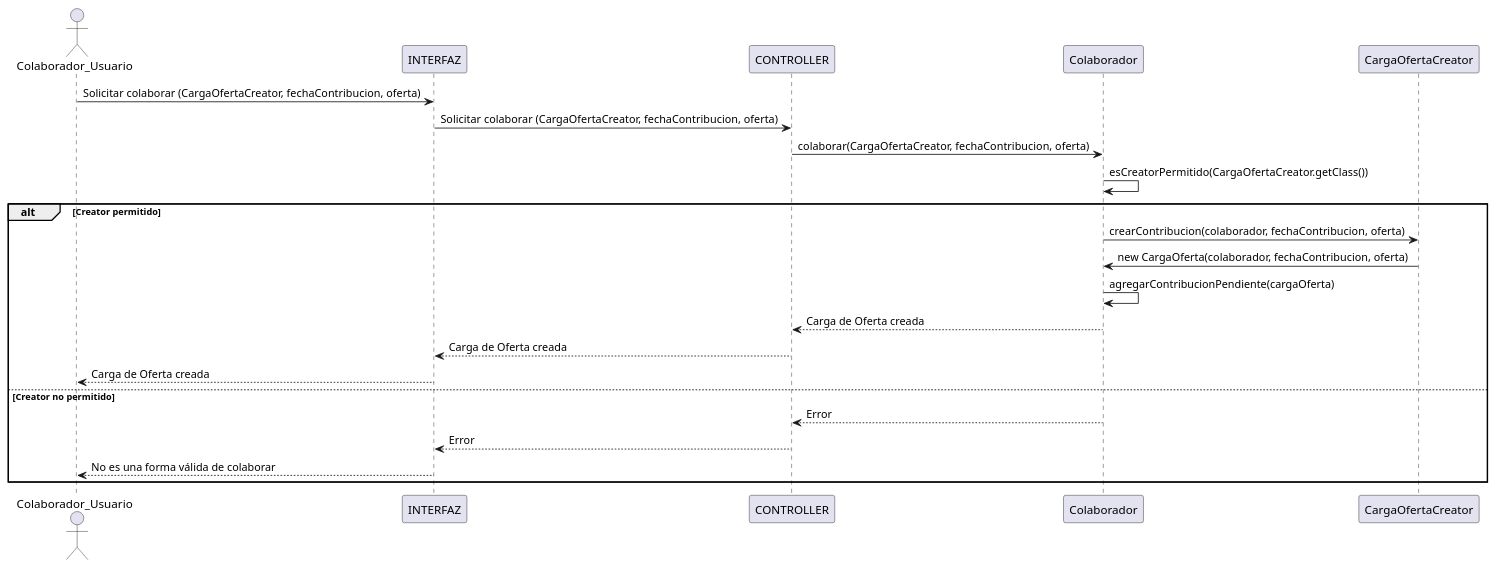
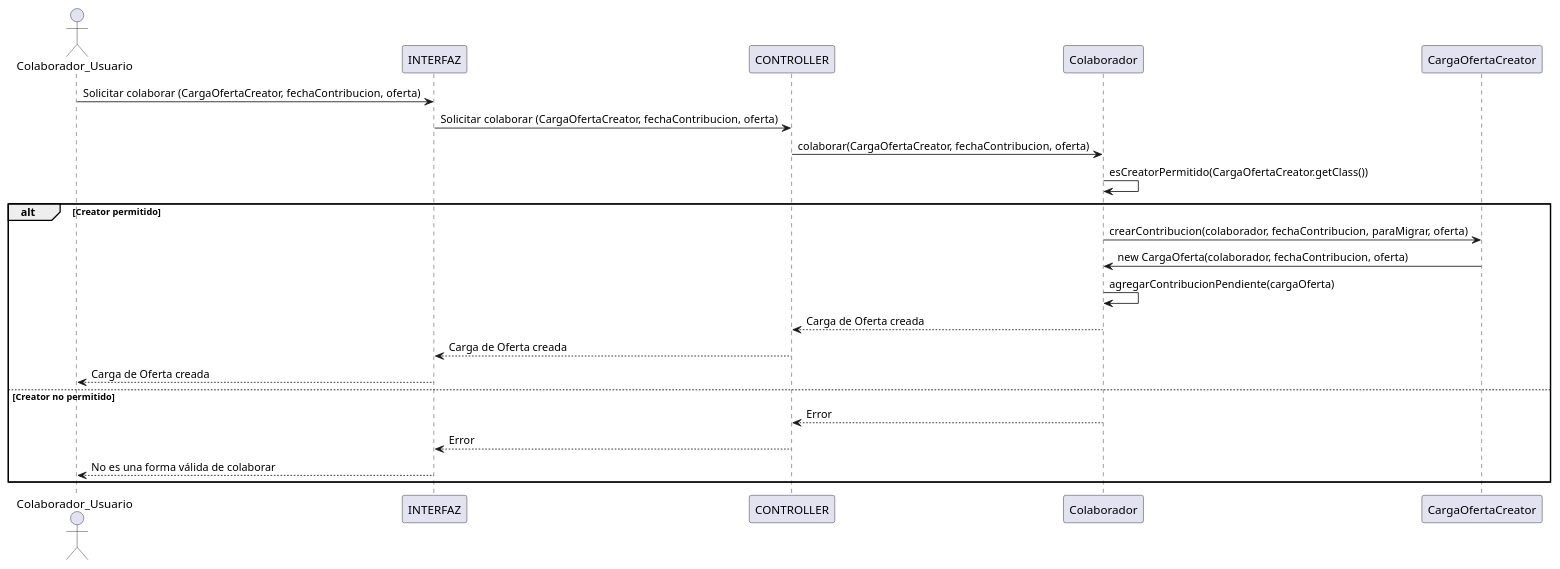
Before and after one commit to luciacosenza/DDS-grupo10: the diagram in proyecto_heladeras_solidarias/docs/plant_uml/diagramas_secuencia/cargar_oferta/cargar_oferta_colaborar.plantuml, drawn with PlantUML. The commit also changed 31 other files, not shown here.

```diff
--- a/proyecto_heladeras_solidarias/docs/plant_uml/diagramas_secuencia/cargar_oferta/cargar_oferta_colaborar.plantuml
+++ b/proyecto_heladeras_solidarias/docs/plant_uml/diagramas_secuencia/cargar_oferta/cargar_oferta_colaborar.plantuml
@@ -1,24 +1,24 @@
 @startuml cargar_oferta_colaborar
 actor Colaborador_Usuario as User
 participant INTERFAZ
 participant CONTROLLER
 participant "Colaborador" as Colaborador
 participant "CargaOfertaCreator" as CargaOfertaCreator
 
 User -> INTERFAZ: Solicitar colaborar (CargaOfertaCreator, fechaContribucion, oferta)
 INTERFAZ -> CONTROLLER: Solicitar colaborar (CargaOfertaCreator, fechaContribucion, oferta)
 CONTROLLER -> Colaborador: colaborar(CargaOfertaCreator, fechaContribucion, oferta)
 Colaborador -> Colaborador: esCreatorPermitido(CargaOfertaCreator.getClass())
 alt Creator permitido
-    Colaborador -> CargaOfertaCreator: crearContribucion(colaborador, fechaContribucion, oferta)
+    Colaborador -> CargaOfertaCreator: crearContribucion(colaborador, fechaContribucion, paraMigrar, oferta)
     CargaOfertaCreator -> Colaborador: new CargaOferta(colaborador, fechaContribucion, oferta)
     Colaborador -> Colaborador: agregarContribucionPendiente(cargaOferta)
     Colaborador --> CONTROLLER: Carga de Oferta creada
     CONTROLLER --> INTERFAZ: Carga de Oferta creada
     INTERFAZ --> User: Carga de Oferta creada
 else Creator no permitido
     Colaborador --> CONTROLLER: Error
     CONTROLLER --> INTERFAZ: Error
     INTERFAZ --> User: No es una forma válida de colaborar
 end
 @enduml
```
